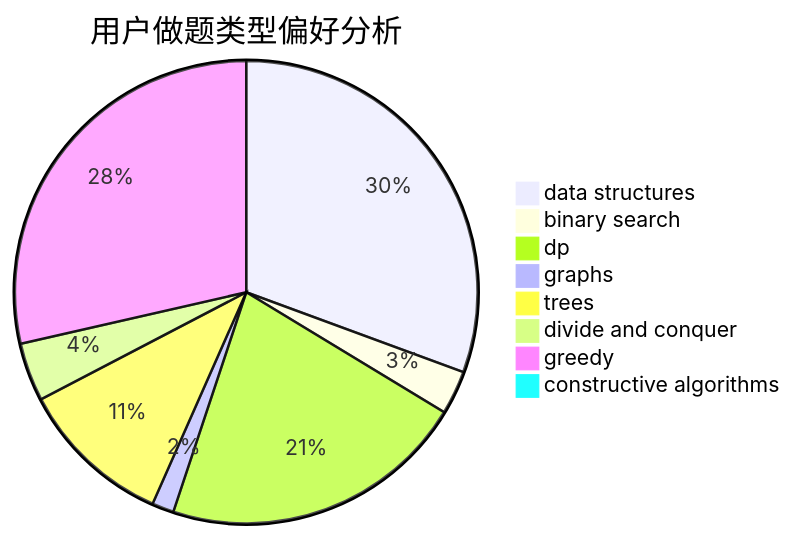
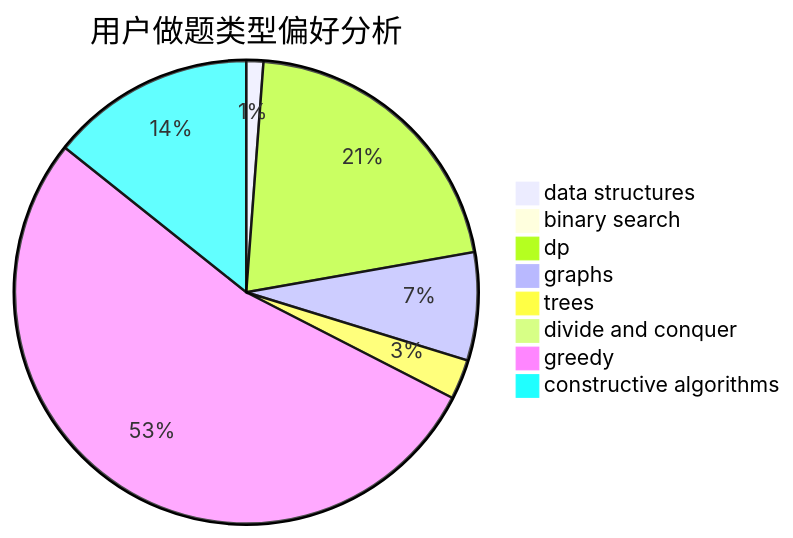
One commit to sherpahu/cfrs.github.io changed the second of 3 diagrams in docs/user/u2421.md. Above: the diagram before and after it, drawn with Mermaid. The commit also changed other lines of this file and 2770 other files, not shown here.

````diff
--- a/docs/user/u2421.md
+++ b/docs/user/u2421.md
@@ -23,11 +23,11 @@
 ```mermaid
 pie title 用户做题类型偏好分析
-    "data structures" :  60
-    "binary search" :  6
-    "dp" :  42
-    "graphs" :  3
-    "trees" :  21
-    "divide and conquer" :  8
-    "greedy" :  56
-    "constructive algorithms" :  1
+    "data structures" :  3
+    "binary search" :  2
+    "dp" :  53
+    "graphs" :  19
+    "trees" :  7
+    "divide and conquer" :  1
+    "greedy" :  134
+    "constructive algorithms" :  36
 ```
````
